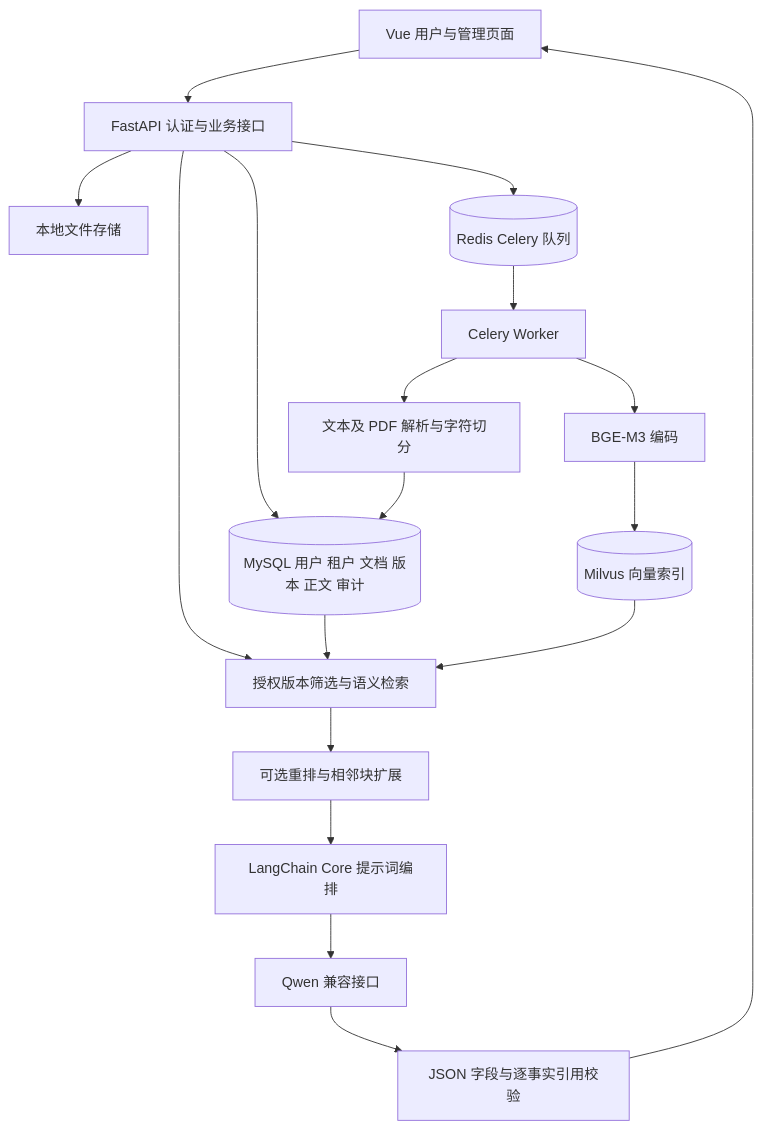
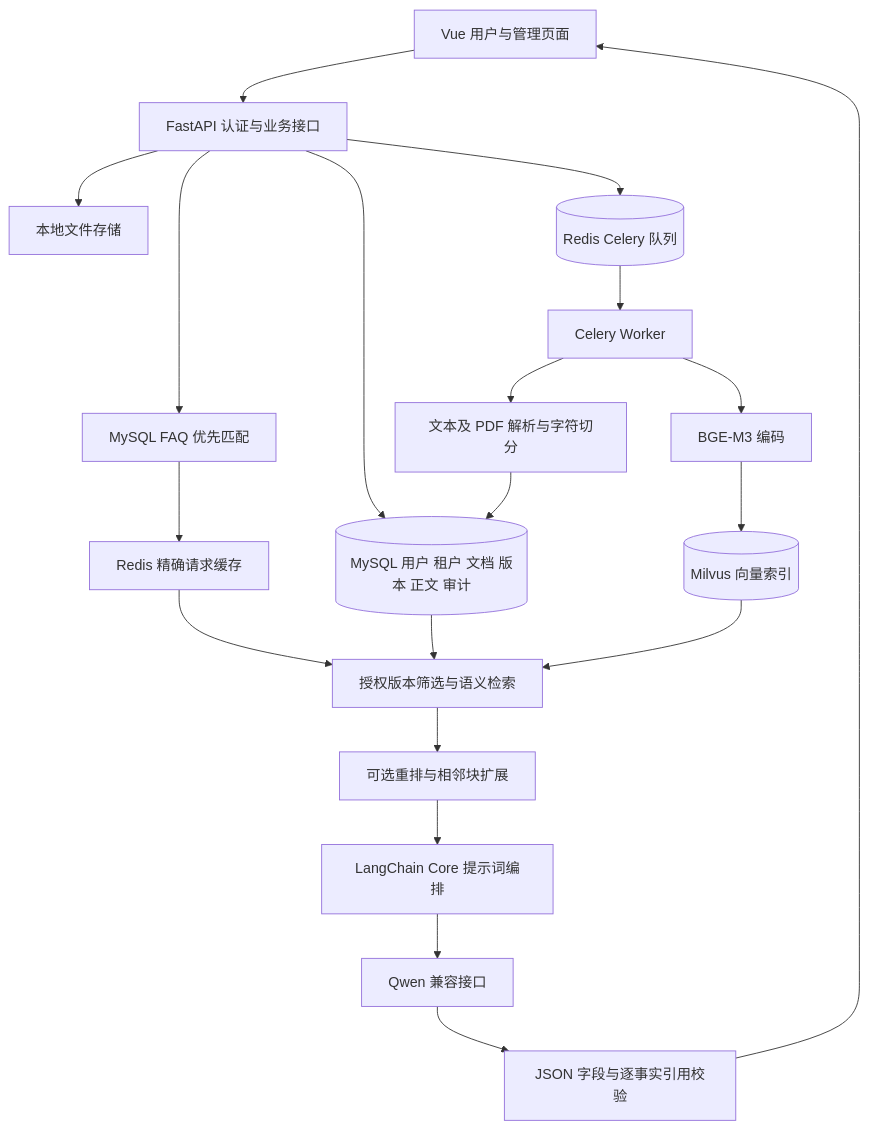
The diagram in docs/architecture.md (frankleroy11/knowops), drawn with Mermaid before and after one commit. The commit also changed other lines of this file and 18 other files, not shown here.

Commit message:
feat: add grounded FAQ priority matching and scoped Redis answer cache

````diff
--- a/docs/architecture.md
+++ b/docs/architecture.md
@@ -5,20 +5,22 @@
 ```mermaid
 flowchart TD
     UI[Vue 用户与管理页面] --> API[FastAPI 认证与业务接口]
     API --> SQL[(MySQL 用户 租户 文档 版本 正文 审计)]
     API --> FILE[本地文件存储]
     API --> REDIS[(Redis Celery 队列)]
     REDIS --> WORKER[Celery Worker]
     WORKER --> PARSE[文本及 PDF 解析与字符切分]
     PARSE --> SQL
     WORKER --> BGE[BGE-M3 编码]
     BGE --> MV[(Milvus 向量索引)]
-    API --> SEARCH[授权版本筛选与语义检索]
+    API --> FAQ[MySQL FAQ 优先匹配]
+    FAQ --> CACHE[Redis 精确请求缓存]
+    CACHE --> SEARCH[授权版本筛选与语义检索]
     SQL --> SEARCH
     MV --> SEARCH
     SEARCH --> CONTEXT[可选重排与相邻块扩展]
     CONTEXT --> LC[LangChain Core 提示词编排]
     LC --> QWEN[Qwen 兼容接口]
     QWEN --> CHECK[JSON 字段与逐事实引用校验]
     CHECK --> UI
 ```
````
